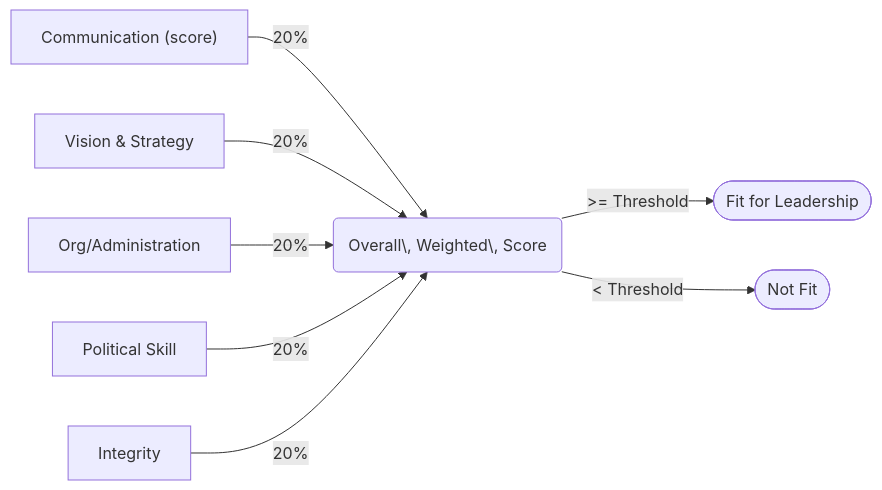
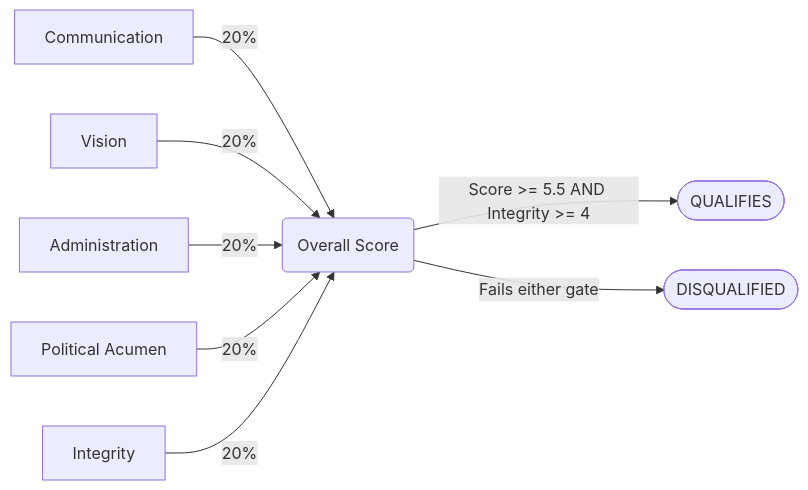
One commit to iampopg/Nigeria_Reasearch changed the diagram in framework/5-mearsurable-terms.md. Above: the diagram before and after it, drawn with Mermaid. The commit also changed other lines of this file, not shown here.

Commit message:
fix: clean up 5-measurable-terms framework — readable structure, fix mermaid graph for GitHub rendering

````diff
--- a/framework/5-mearsurable-terms.md
+++ b/framework/5-mearsurable-terms.md
@@ -18,10 +39,10 @@
 ```mermaid
 graph LR
-  C["Communication (score)"] -->|20%| S(Overall\, Weighted\, Score)
-  V["Vision & Strategy"] -->|20%| S
-  O["Org/Administration"] -->|20%| S
-  P["Political Skill"] -->|20%| S
+  C["Communication"] -->|20%| S("Overall Score")
+  V["Vision"] -->|20%| S
+  O["Administration"] -->|20%| S
+  P["Political Acumen"] -->|20%| S
   I["Integrity"] -->|20%| S
-  S -->|>= Threshold| F([Fit for Leadership])
-  S -->|< Threshold| NF([Not Fit])
+  S -->|"Score >= 5.5 AND Integrity >= 4"| F(["QUALIFIES"])
+  S -->|"Fails either gate"| NF(["DISQUALIFIED"])
 ```
````
